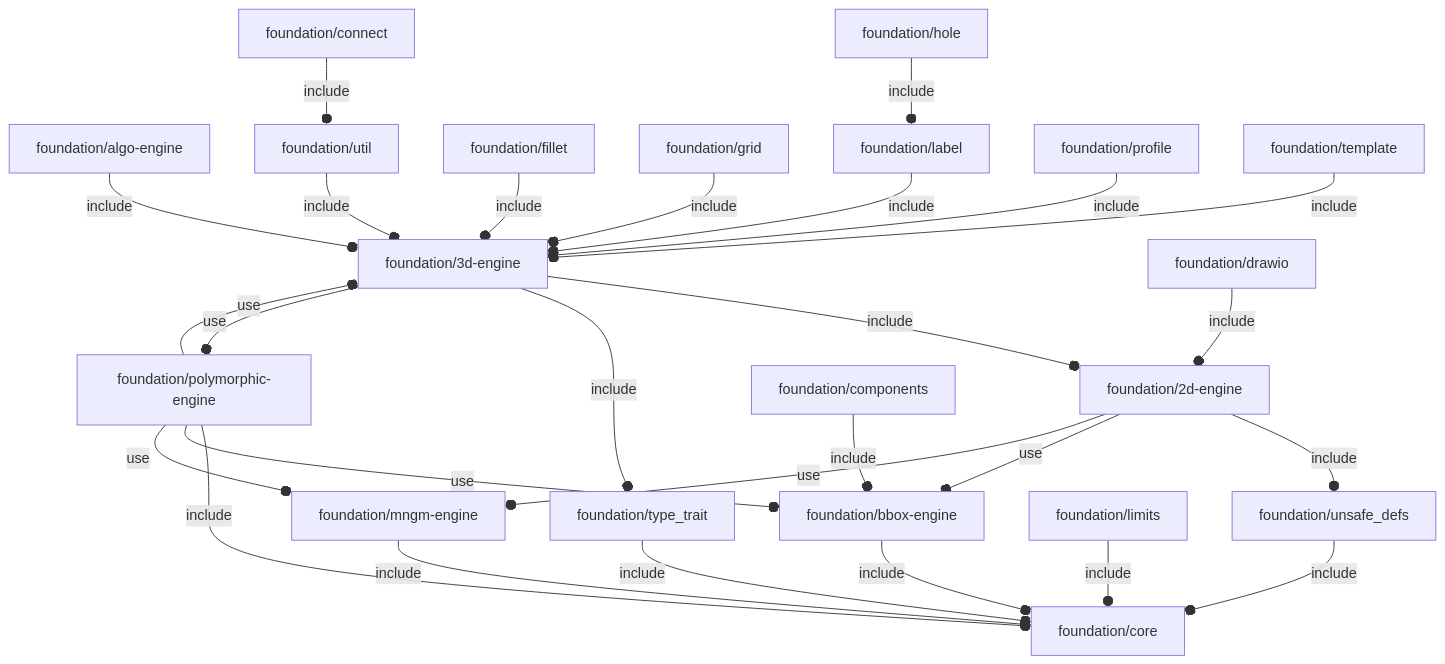
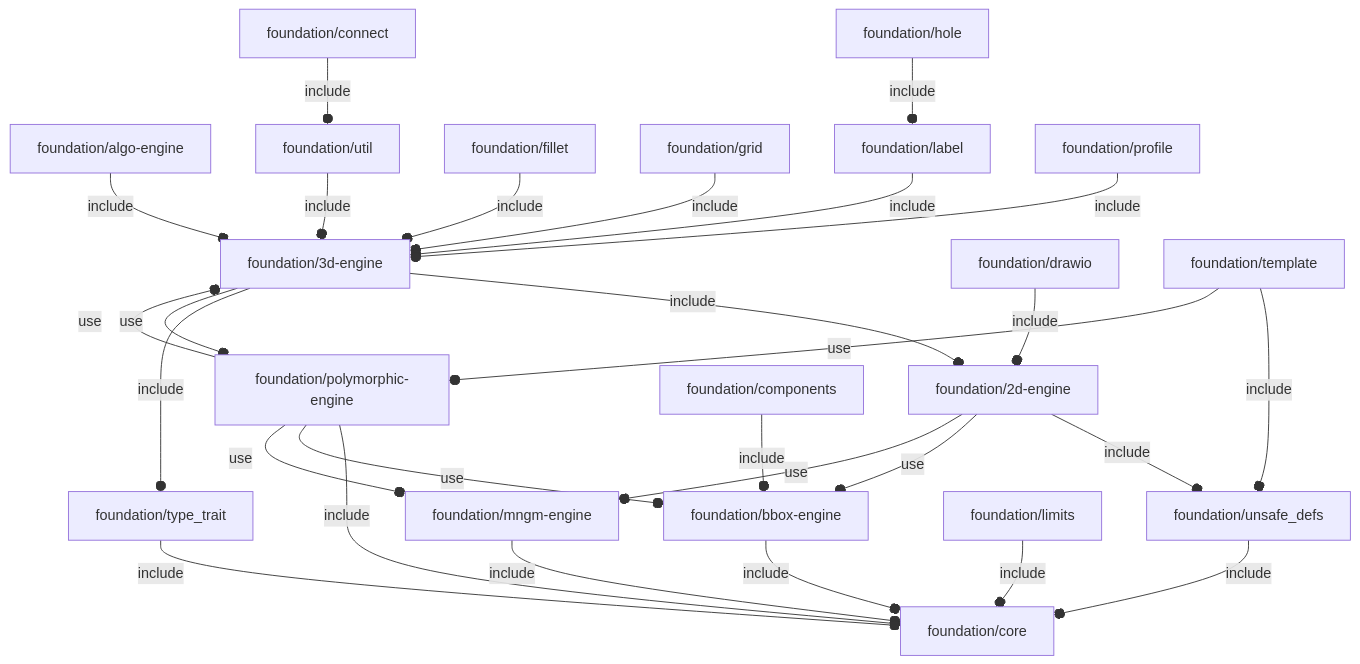
The diagram in orthodocs/foundation/deps.md (ggabbiani/OFL), drawn with Mermaid before and after one commit. The commit also changed 12 other files, not shown here.

````diff
--- a/orthodocs/foundation/deps.md
+++ b/orthodocs/foundation/deps.md
@@ -3,30 +3,31 @@
 ```mermaid
 graph TD
     A1[foundation/2d-engine] --o|include| A2[foundation/unsafe_defs]
     A1 --o|use| A3[foundation/bbox-engine]
     A1 --o|use| A4[foundation/mngm-engine]
     A5[foundation/3d-engine] --o|include| A1
     A5 --o|include| A6[foundation/type_trait]
     A5 --o|use| A7[foundation/polymorphic-engine]
     A8[foundation/algo-engine] --o|include| A5
     A3 --o|include| A9[foundation/core]
     A10[foundation/components] --o|include| A3
     A11[foundation/connect] --o|include| A12[foundation/util]
     A9
     A13[foundation/drawio] --o|include| A1
     A14[foundation/fillet] --o|include| A5
     A15[foundation/grid] --o|include| A5
     A16[foundation/hole] --o|include| A17[foundation/label]
     A17 --o|include| A5
     A18[foundation/limits] --o|include| A9
     A4 --o|include| A9
     A7 --o|include| A9
     A7 --o|use| A5
     A7 --o|use| A3
     A7 --o|use| A4
     A19[foundation/profile] --o|include| A5
-    A20[foundation/template] --o|include| A5
+    A20[foundation/template] --o|include| A2
+    A20 --o|use| A7
     A6 --o|include| A9
     A2 --o|include| A9
     A12 --o|include| A5
 ```
````
